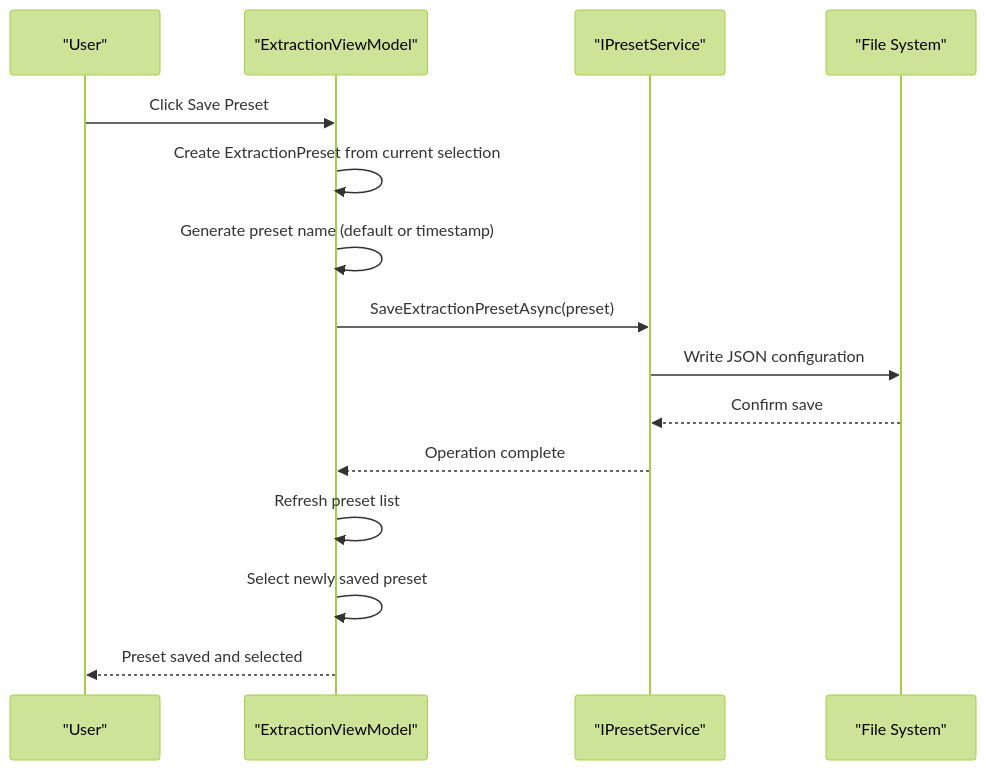
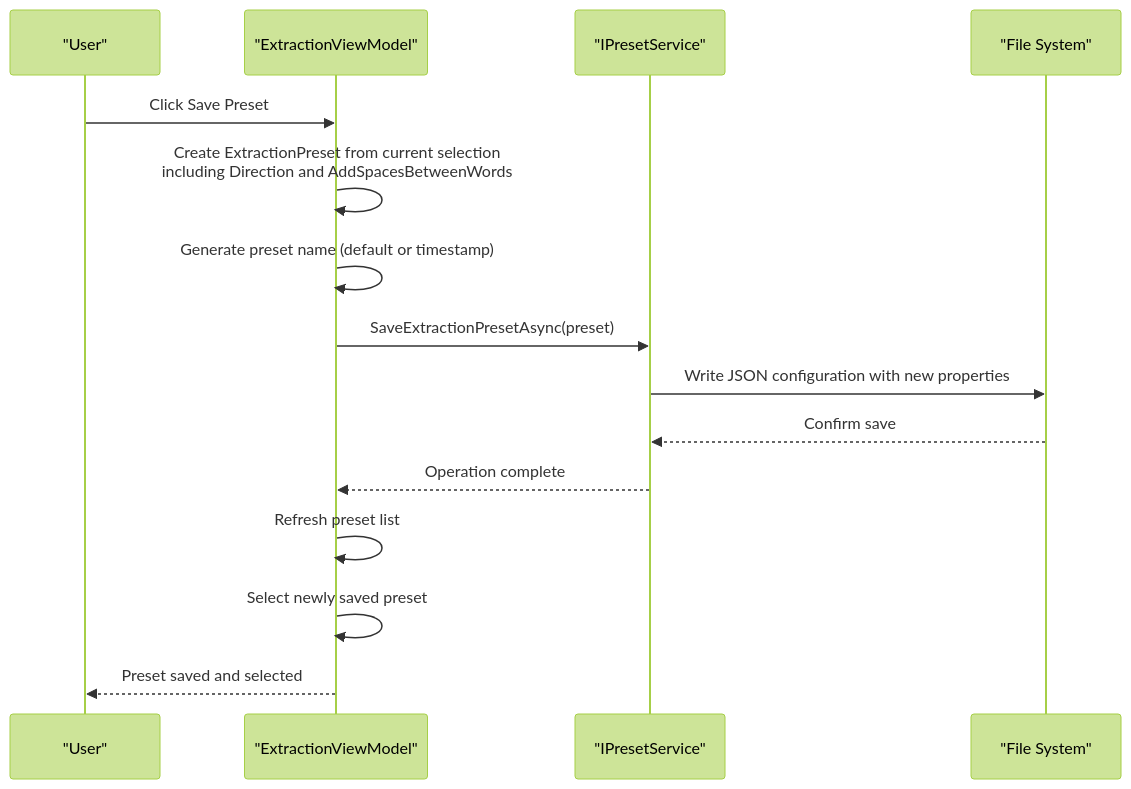
The fourth of 6 diagrams in .qoder/repowiki/en/content/User Guide/Extraction Mode.md (Kibnet/PDFAnnotator), drawn with Mermaid (forest theme) before and after one commit. The commit also changed other lines of this file and 4 other files, not shown here.

````diff
--- a/.qoder/repowiki/en/content/User Guide/Extraction Mode.md
+++ b/.qoder/repowiki/en/content/User Guide/Extraction Mode.md
@@ -209,17 +224,17 @@
 ```mermaid
 sequenceDiagram
 participant User as "User"
 participant VM as "ExtractionViewModel"
 participant Service as "IPresetService"
 participant Storage as "File System"
 User->>VM : Click Save Preset
-VM->>VM : Create ExtractionPreset from current selection
+VM->>VM : Create ExtractionPreset from current selection<br/>including Direction and AddSpacesBetweenWords
 VM->>VM : Generate preset name (default or timestamp)
 VM->>Service : SaveExtractionPresetAsync(preset)
-Service->>Storage : Write JSON configuration
+Service->>Storage : Write JSON configuration with new properties
 Storage-->>Service : Confirm save
 Service-->>VM : Operation complete
 VM->>VM : Refresh preset list
 VM->>VM : Select newly saved preset
 VM-->>User : Preset saved and selected
 ```
````
